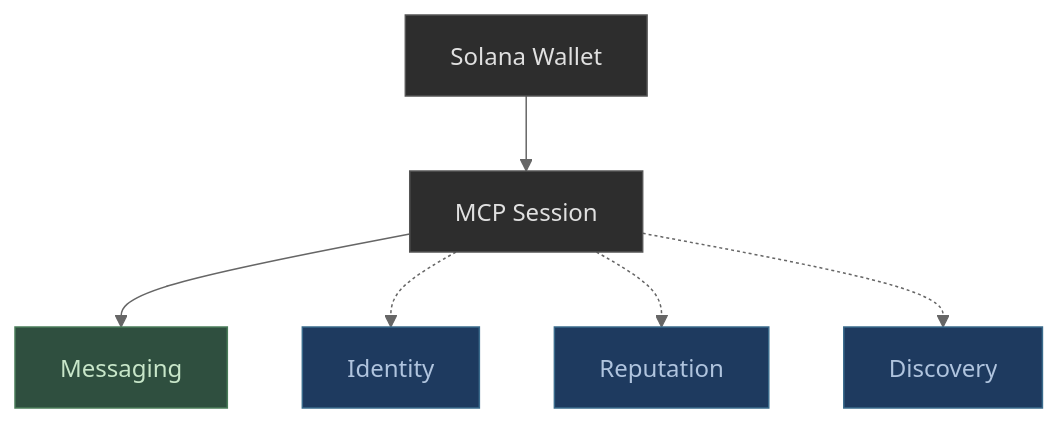
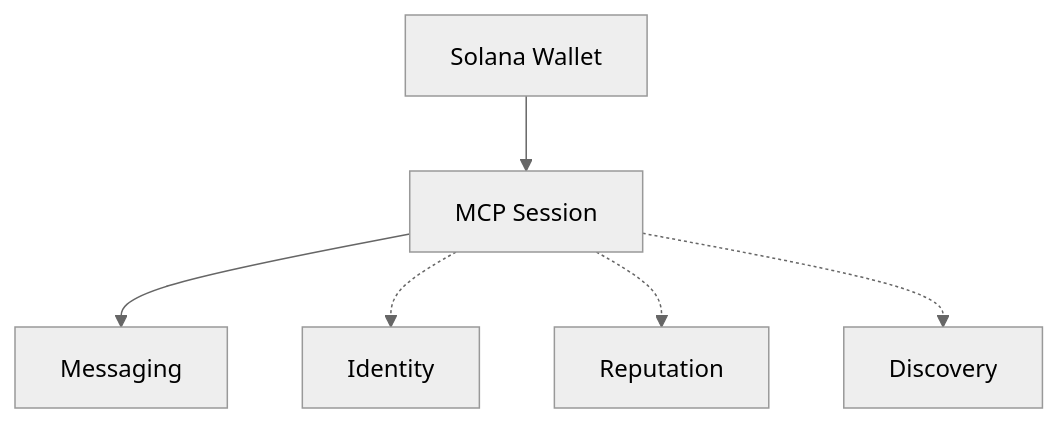
Before and after one commit to DesideApp/deside-mcp: the diagram in README.md, drawn with Mermaid (neutral theme).

Commit message:
docs: remove custom Mermaid styles for dark/light compatibility

````diff
--- a/README.md
+++ b/README.md
@@ -20,15 +20,8 @@
 ```mermaid
 flowchart TD
     W[Solana Wallet] --> S[MCP Session]
     S --> M[Messaging]
     S -.-> I[Identity]
     S -.-> R[Reputation]
     S -.-> D[Discovery]
-
-    style W fill:#2d2d2d,color:#e0e0e0,stroke:#555
-    style S fill:#2d2d2d,color:#e0e0e0,stroke:#555
-    style M fill:#2f4f3f,color:#c8e6c9,stroke:#4a7c59
-    style I fill:#1e3a5f,color:#b0c4de,stroke:#3a6b8c
-    style R fill:#1e3a5f,color:#b0c4de,stroke:#3a6b8c
-    style D fill:#1e3a5f,color:#b0c4de,stroke:#3a6b8c
 ```
````
